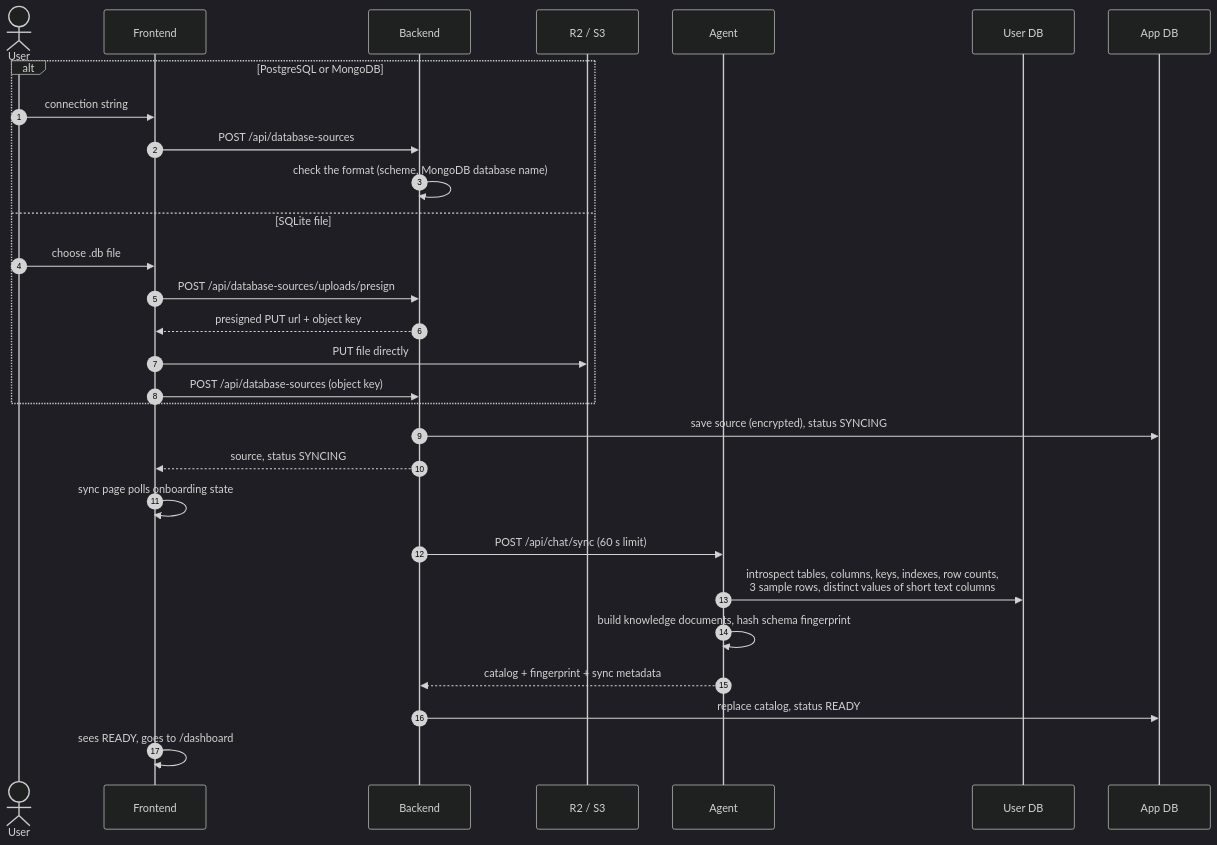
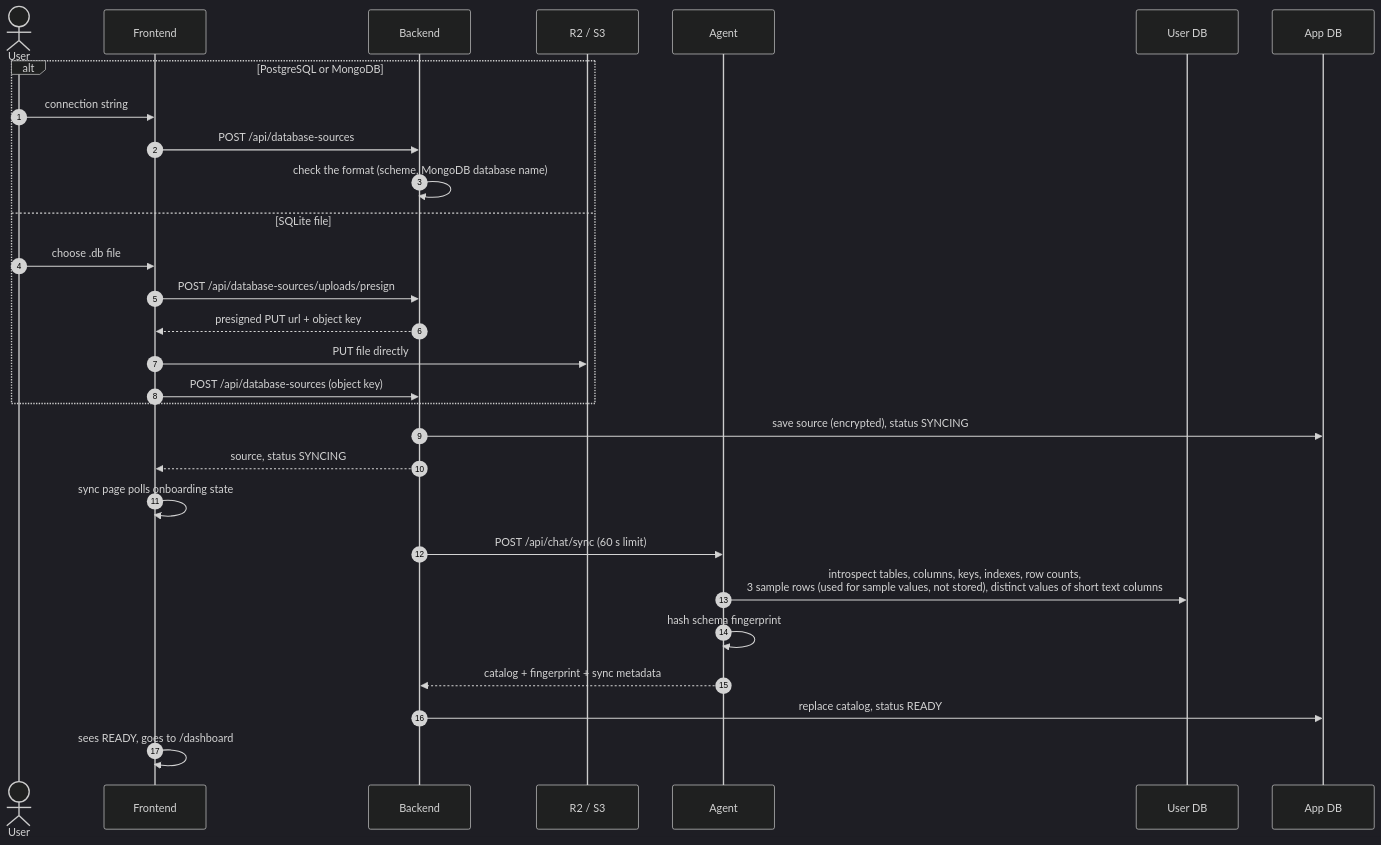
Before and after one commit to Kakaw-AI/.github: the second of 4 diagrams in docs/04-data-and-sync.md, drawn with Mermaid (dark theme). The commit also changed other lines of this file and 4 other files, not shown here.

````diff
--- a/docs/04-data-and-sync.md
+++ b/docs/04-data-and-sync.md
@@ -86,34 +83,34 @@
 ```mermaid
 sequenceDiagram
     autonumber
     actor U as User
     participant FE as Frontend
     participant BE as Backend
     participant R2 as R2 / S3
     participant AG as Agent
     participant UDB as User DB
     participant DB as App DB
 
     alt PostgreSQL or MongoDB
         U->>FE: connection string
         FE->>BE: POST /api/database-sources
         BE->>BE: check the format (scheme, MongoDB database name)
     else SQLite file
         U->>FE: choose .db file
         FE->>BE: POST /api/database-sources/uploads/presign
         BE-->>FE: presigned PUT url + object key
         FE->>R2: PUT file directly
         FE->>BE: POST /api/database-sources (object key)
     end
 
     BE->>DB: save source (encrypted), status SYNCING
     BE-->>FE: source, status SYNCING
     FE->>FE: sync page polls onboarding state
 
     BE->>AG: POST /api/chat/sync (60 s limit)
-    AG->>UDB: introspect tables, columns, keys, indexes, row counts,<br/>3 sample rows, distinct values of short text columns
-    AG->>AG: build knowledge documents, hash schema fingerprint
+    AG->>UDB: introspect tables, columns, keys, indexes, row counts,<br/>3 sample rows (used for sample values, not stored), distinct values of short text columns
+    AG->>AG: hash schema fingerprint
     AG-->>BE: catalog + fingerprint + sync metadata
     BE->>DB: replace catalog, status READY
     FE->>FE: sees READY, goes to /dashboard
 ```
````
